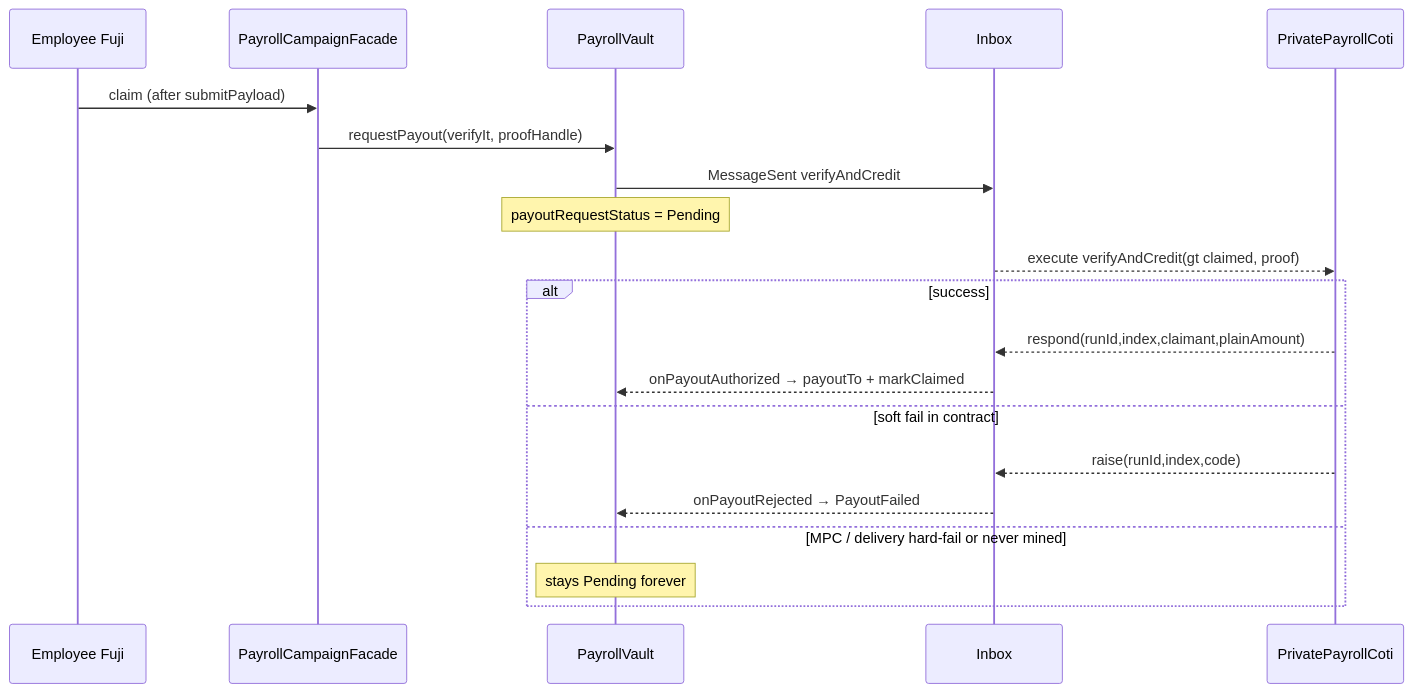
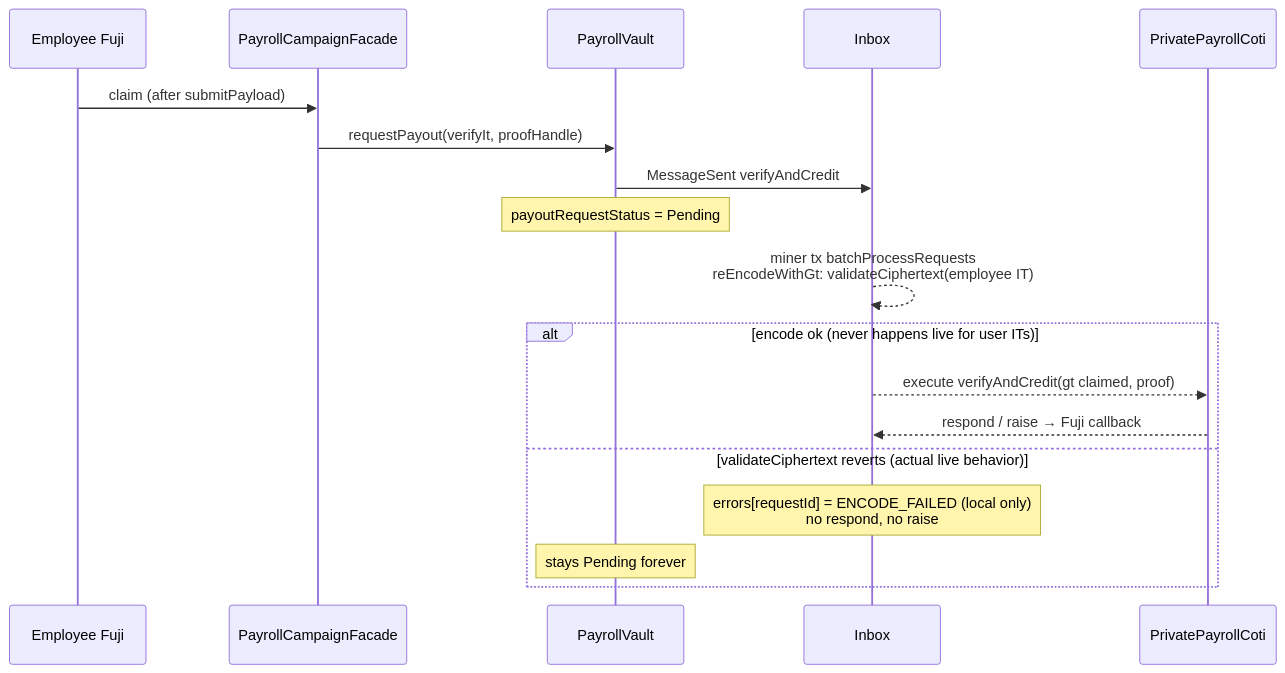
One commit to cotitech-io/hrpayroll-ui changed the diagram in ui/docs/claimCampaign.md. Above: the diagram before and after it, drawn with Mermaid. The commit also changed other lines of this file, not shown here.

First line of the commit message:
Document confirmed claim root cause: inbox ENCODE_FAILED on employee IT

````diff
--- a/ui/docs/claimCampaign.md
+++ b/ui/docs/claimCampaign.md
@@ -56,23 +123,21 @@
 ```mermaid
 sequenceDiagram
   participant Emp as Employee Fuji
   participant Facade as PayrollCampaignFacade
   participant Vault as PayrollVault
   participant Inbox as Inbox
   participant COTI as PrivatePayrollCoti
 
   Emp->>Facade: claim (after submitPayload)
   Facade->>Vault: requestPayout(verifyIt, proofHandle)
   Vault->>Inbox: MessageSent verifyAndCredit
   Note over Vault: payoutRequestStatus = Pending
-  Inbox-->>COTI: execute verifyAndCredit(gt claimed, proof)
-  alt success
-    COTI-->>Inbox: respond(runId,index,claimant,plainAmount)
-    Inbox-->>Vault: onPayoutAuthorized → payoutTo + markClaimed
-  else soft fail in contract
-    COTI-->>Inbox: raise(runId,index,code)
-    Inbox-->>Vault: onPayoutRejected → PayoutFailed
-  else MPC / delivery hard-fail or never mined
+  Inbox-->>Inbox: miner tx batchProcessRequests<br/>reEncodeWithGt: validateCiphertext(employee IT)
+  alt encode ok (never happens live for user ITs)
+    Inbox-->>COTI: execute verifyAndCredit(gt claimed, proof)
+    COTI-->>Inbox: respond / raise → Fuji callback
+  else validateCiphertext reverts (actual live behavior)
+    Note over Inbox: errors[requestId] = ENCODE_FAILED (local only)<br/>no respond, no raise
     Note over Vault: stays Pending forever
   end
 ```
````
